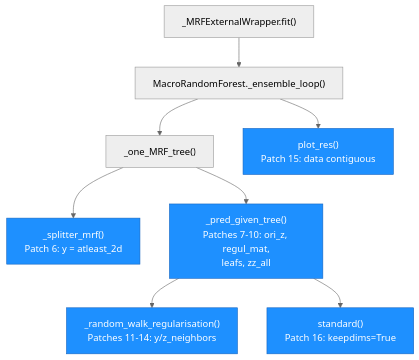
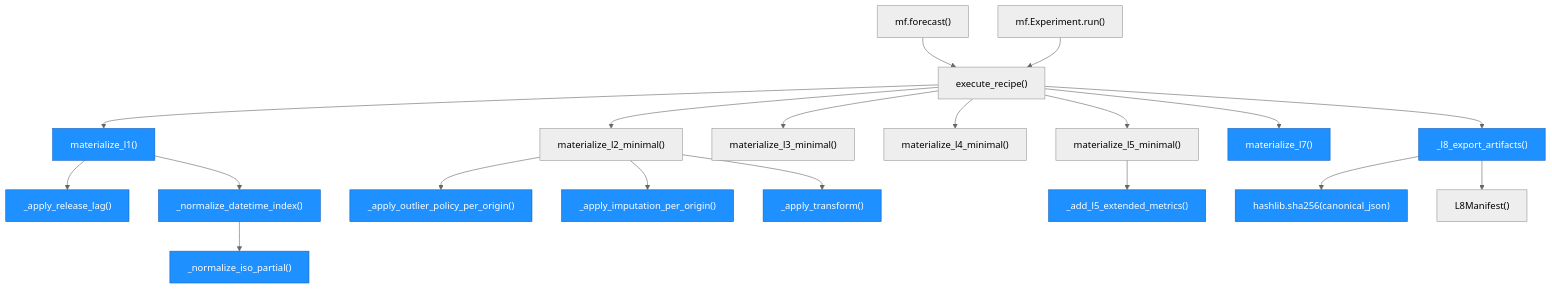
The second of 3 diagrams in ARCHITECTURE.md (NanyeonK/macroforecast), drawn with Mermaid before and after one commit. The commit also changed other lines of this file, not shown here.

First line of the commit message:
docs(arch): update ARCHITECTURE.md for Cycle 12 — P0+P1 fix bundle

````diff
--- a/ARCHITECTURE.md
+++ b/ARCHITECTURE.md
@@ -649,17 +153,54 @@
 ```mermaid
-%%{init: {"theme": "neutral"}}%%
+%%{init: {'theme': 'neutral'}}%%
 graph TD
-    fit["_MRFExternalWrapper.fit()"] --> ens["MacroRandomForest._ensemble_loop()"]
-    ens --> onemrf["_one_MRF_tree()"]
-    onemrf --> split["_splitter_mrf()<br/>Patch 6: y = atleast_2d"]
-    onemrf --> pred["_pred_given_tree()<br/>Patches 7-10: ori_z, regul_mat,<br/>leafs, zz_all"]
-    pred --> rw["_random_walk_regularisation()<br/>Patches 11-14: y/z_neighbors"]
-    pred --> std["standard()<br/>Patch 16: keepdims=True"]
-    ens --> plotres["plot_res()<br/>Patch 15: data contiguous"]
+    forecast["mf.forecast()"]
+    Experiment["mf.Experiment.run()"]
+    execute["execute_recipe()"]
+    mat_l1["materialize_l1()"]
+    apply_lag["_apply_release_lag()"]
+    norm_dt["_normalize_datetime_index()"]
+    norm_iso["_normalize_iso_partial()"]
+    mat_l2["materialize_l2_minimal()"]
+    apply_out["_apply_outlier_policy_per_origin()"]
+    apply_imp["_apply_imputation_per_origin()"]
+    apply_tcode["_apply_transform()"]
+    mat_l3["materialize_l3_minimal()"]
+    mat_l4["materialize_l4_minimal()"]
+    mat_l5["materialize_l5_minimal()"]
+    l5_ext["_add_l5_extended_metrics()"]
+    mat_l7["materialize_l7()"]
+    mat_l8["_l8_export_artifacts()"]
+    recipe_hash["hashlib.sha256(canonical_json)"]
+    manifest["L8Manifest()"]
 
-    style split fill:#1e90ff,stroke:#1565c0,color:#fff
-    style pred fill:#1e90ff,stroke:#1565c0,color:#fff
-    style rw fill:#1e90ff,stroke:#1565c0,color:#fff
-    style std fill:#1e90ff,stroke:#1565c0,color:#fff
-    style plotres fill:#1e90ff,stroke:#1565c0,color:#fff
+    forecast --> execute
+    Experiment --> execute
+    execute --> mat_l1
+    mat_l1 --> apply_lag
+    mat_l1 --> norm_dt
+    norm_dt --> norm_iso
+    execute --> mat_l2
+    mat_l2 --> apply_out
+    mat_l2 --> apply_imp
+    mat_l2 --> apply_tcode
+    execute --> mat_l3
+    execute --> mat_l4
+    execute --> mat_l5
+    mat_l5 --> l5_ext
+    execute --> mat_l7
+    execute --> mat_l8
+    mat_l8 --> recipe_hash
+    mat_l8 --> manifest
+
+    style mat_l1 fill:#1e90ff,stroke:#1565c0,color:#fff
+    style apply_lag fill:#1e90ff,stroke:#1565c0,color:#fff
+    style norm_iso fill:#1e90ff,stroke:#1565c0,color:#fff
+    style norm_dt fill:#1e90ff,stroke:#1565c0,color:#fff
+    style apply_out fill:#1e90ff,stroke:#1565c0,color:#fff
+    style apply_imp fill:#1e90ff,stroke:#1565c0,color:#fff
+    style apply_tcode fill:#1e90ff,stroke:#1565c0,color:#fff
+    style l5_ext fill:#1e90ff,stroke:#1565c0,color:#fff
+    style mat_l7 fill:#1e90ff,stroke:#1565c0,color:#fff
+    style mat_l8 fill:#1e90ff,stroke:#1565c0,color:#fff
+    style recipe_hash fill:#1e90ff,stroke:#1565c0,color:#fff
 ```
````
